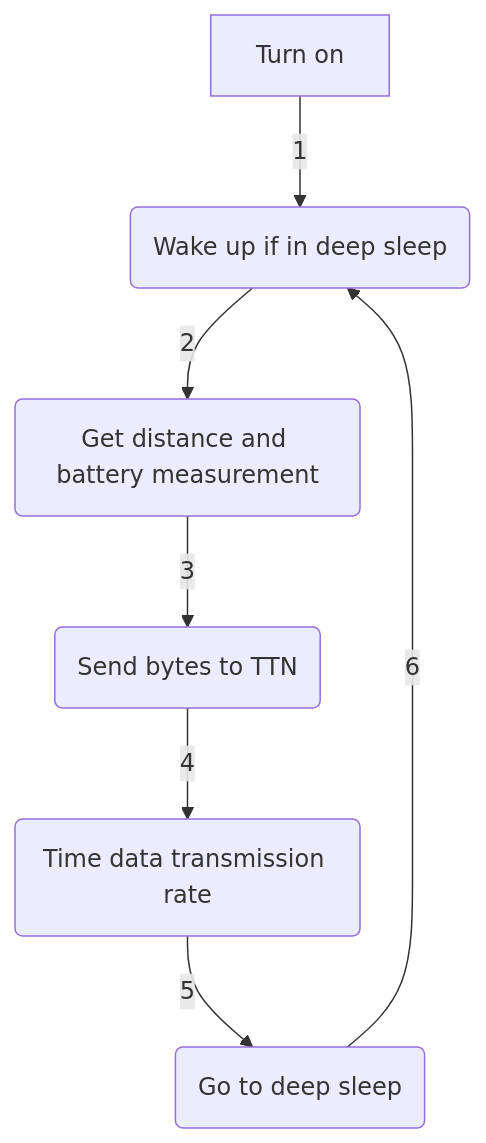
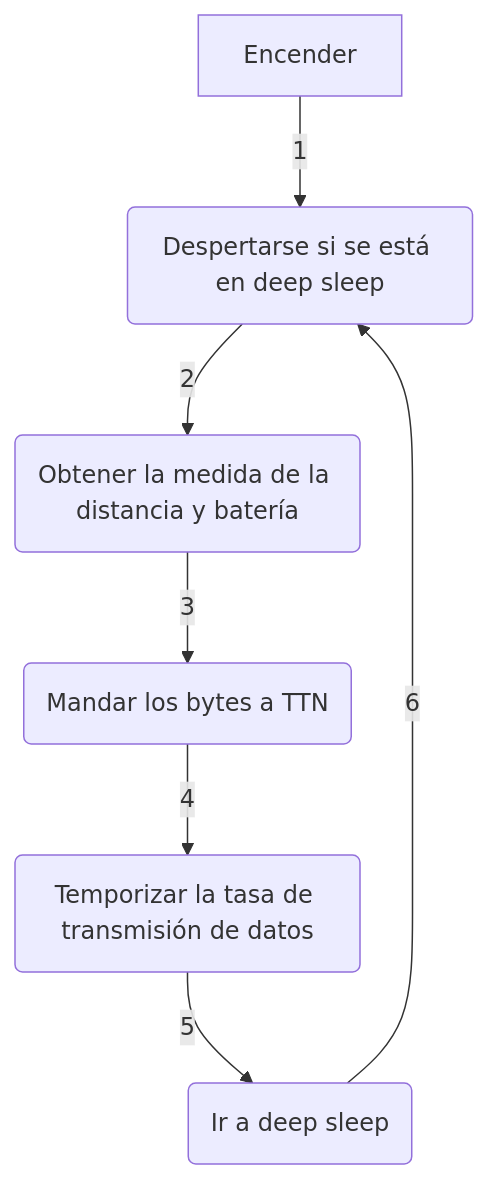
One commit to MediaLabUniovi/Sensor-Cooper changed the diagram in README_ES.md. Above: the diagram before and after it, drawn with Mermaid. The commit also changed other lines of this file, not shown here.

````diff
--- a/README_ES.md
+++ b/README_ES.md
@@ -183,9 +183,9 @@
 ```mermaid
 graph TD;
-  A[Turn on] -->|1| B(Wake up if in deep sleep)
-  B -->|2| C(Get distance and battery measurement)
-  C -->|3| D(Send bytes to TTN)
-  D -->|4| E(Time data transmission rate)
-  E -->|5| F(Go to deep sleep)
+  A[Encender] -->|1| B(Despertarse si se está en deep sleep)
+  B -->|2| C(Obtener la medida de la distancia y batería)
+  C -->|3| D(Mandar los bytes a TTN)
+  D -->|4| E(Temporizar la tasa de transmisión de datos)
+  E -->|5| F(Ir a deep sleep)
   F -->|6| B
 ```
````
